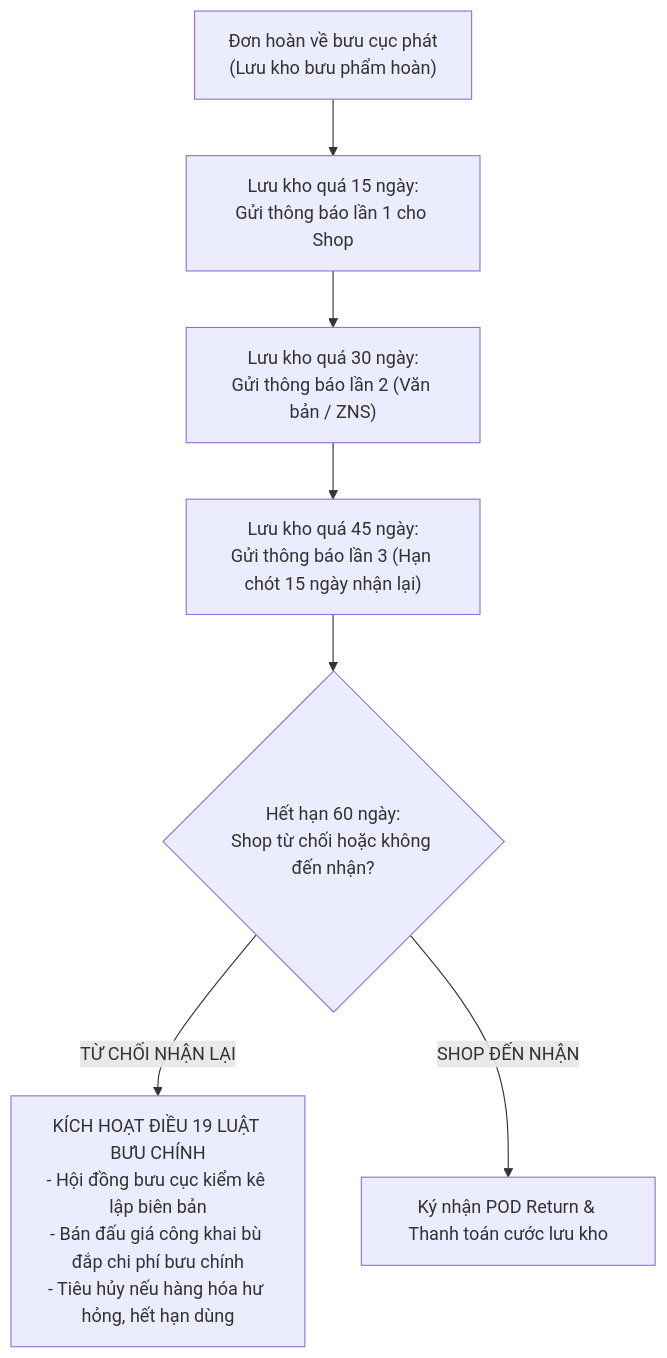
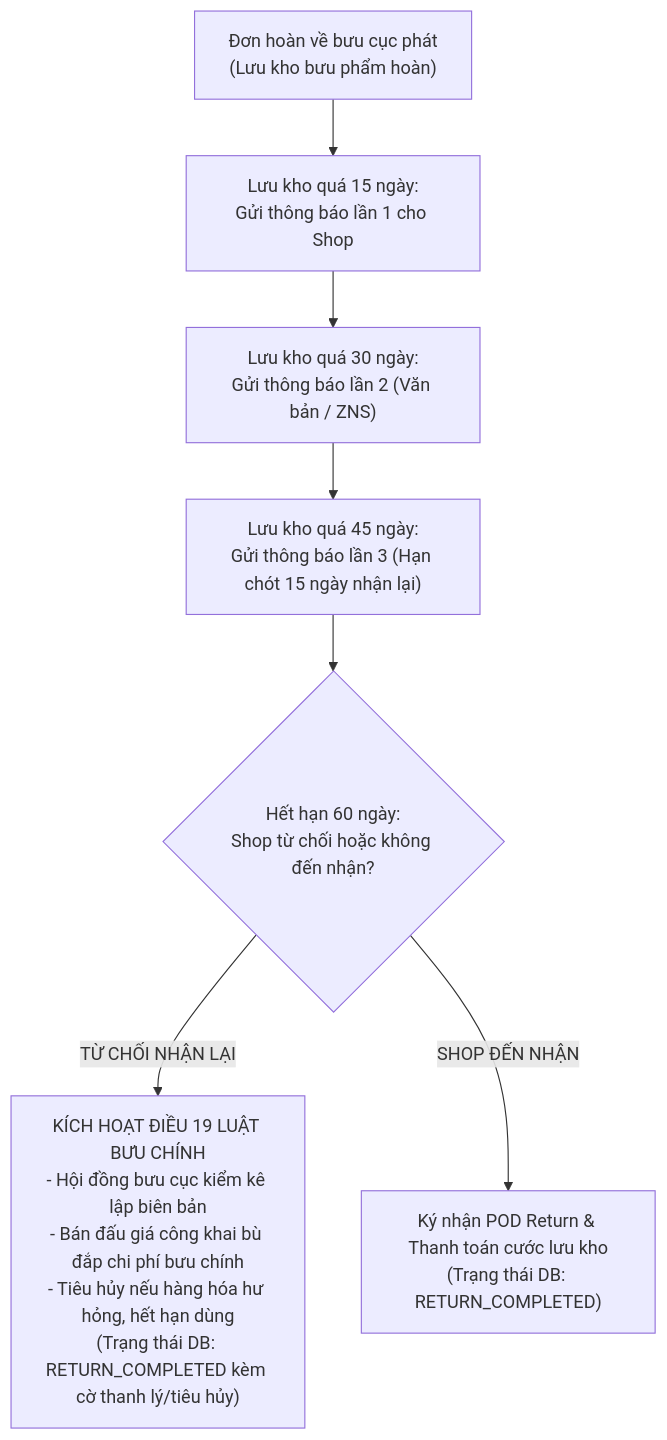
One commit to VoVanTuTai/logistics-management-system changed diagram 12 of 21 in README.md. Above: the diagram before and after it, drawn with Mermaid. The commit also changed other lines of this file and 7 other files, not shown here.

````diff
--- a/README.md
+++ b/README.md
@@ -517,9 +605,9 @@
 ```mermaid
 flowchart TD
     START_RET["Đơn hoàn về bưu cục phát<br/>(Lưu kho bưu phẩm hoàn)"] --> NOTICE_1["Lưu kho quá 15 ngày:<br/>Gửi thông báo lần 1 cho Shop"]
     NOTICE_1 --> NOTICE_2["Lưu kho quá 30 ngày:<br/>Gửi thông báo lần 2 (Văn bản / ZNS)"]
     NOTICE_2 --> NOTICE_3["Lưu kho quá 45 ngày:<br/>Gửi thông báo lần 3 (Hạn chót 15 ngày nhận lại)"]
     NOTICE_3 --> AUCTION{"Hết hạn 60 ngày:<br/>Shop từ chối hoặc không đến nhận?"}
-    AUCTION -- "TỪ CHỐI NHẬN LẠI" --> DISPOSE["KÍCH HOẠT ĐIỀU 19 LUẬT BƯU CHÍNH<br/>- Hội đồng bưu cục kiểm kê lập biên bản<br/>- Bán đấu giá công khai bù đắp chi phí bưu chính<br/>- Tiêu hủy nếu hàng hóa hư hỏng, hết hạn dùng"]
-    AUCTION -- "SHOP ĐẾN NHẬN" --> POD_RET["Ký nhận POD Return & Thanh toán cước lưu kho"]
+    AUCTION -- "TỪ CHỐI NHẬN LẠI" --> DISPOSE["KÍCH HOẠT ĐIỀU 19 LUẬT BƯU CHÍNH<br/>- Hội đồng bưu cục kiểm kê lập biên bản<br/>- Bán đấu giá công khai bù đắp chi phí bưu chính<br/>- Tiêu hủy nếu hàng hóa hư hỏng, hết hạn dùng<br/>(Trạng thái DB: RETURN_COMPLETED kèm cờ thanh lý/tiêu hủy)"]
+    AUCTION -- "SHOP ĐẾN NHẬN" --> POD_RET["Ký nhận POD Return & Thanh toán cước lưu kho<br/>(Trạng thái DB: RETURN_COMPLETED)"]
 ```
````
